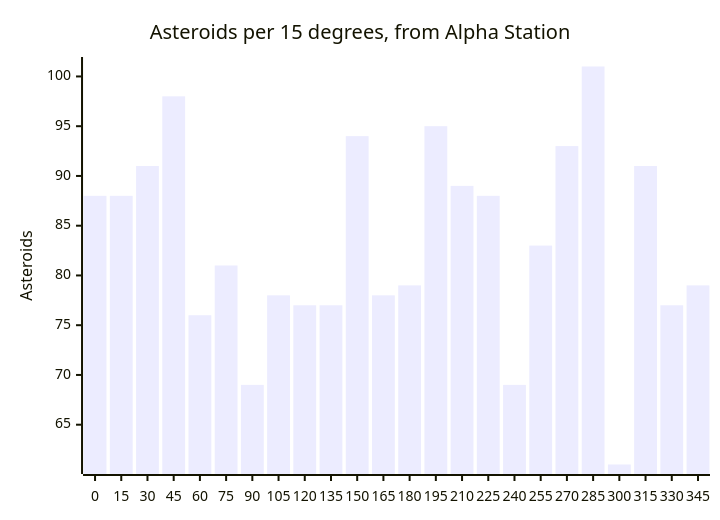
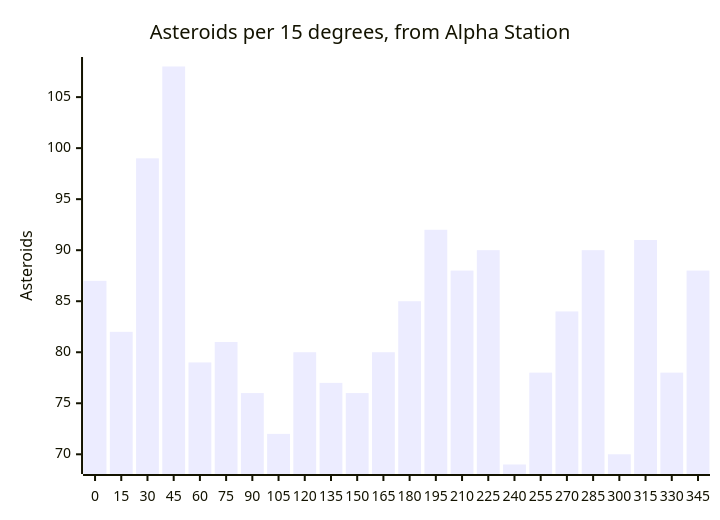
One commit to CometWorks/worlds changed the fourth of 4 diagrams in octahedron/ORES.md. Above: the diagram before and after it, drawn with Mermaid. The commit also changed other lines of this file and 832 other files, not shown here.

````diff
--- a/octahedron/ORES.md
+++ b/octahedron/ORES.md
@@ -134,7 +134,7 @@
 ```mermaid
 xychart-beta
     title "Asteroids per 15 degrees, from Alpha Station"
     x-axis ["0", "15", "30", "45", "60", "75", "90", "105", "120", "135", "150", "165", "180", "195", "210", "225", "240", "255", "270", "285", "300", "315", "330", "345"]
     y-axis "Asteroids"
-    bar [88, 88, 91, 98, 76, 81, 69, 78, 77, 77, 94, 78, 79, 95, 89, 88, 69, 83, 93, 101, 61, 91, 77, 79]
+    bar [87, 82, 99, 108, 79, 81, 76, 72, 80, 77, 76, 80, 85, 92, 88, 90, 69, 78, 84, 90, 70, 91, 78, 88]
 ```
````
